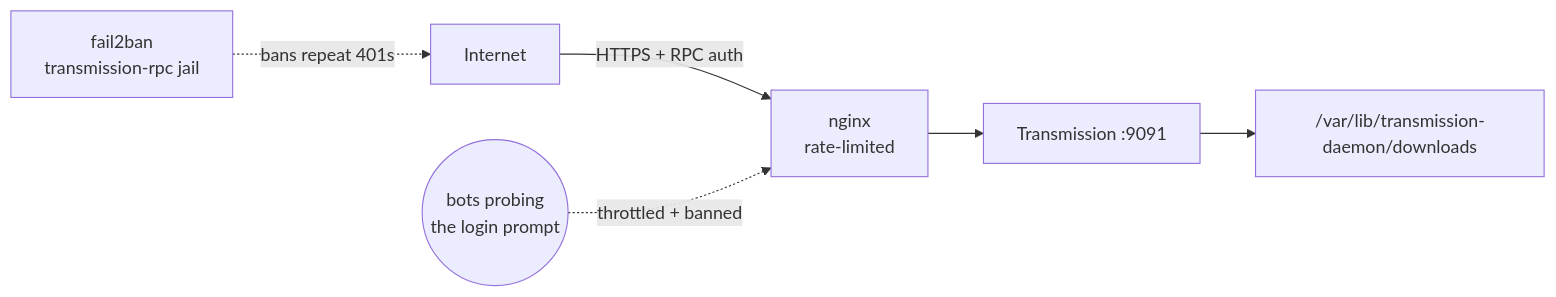
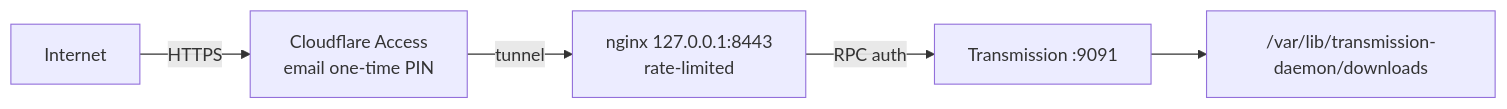
The diagram in services/transmission/README.md (sillyash/homelab), drawn with Mermaid before and after one commit. The commit also changed other lines of this file and 4 other files, not shown here.

First line of the commit message:
chore(fail2ban): disable the nginx-based jails

````diff
--- a/services/transmission/README.md
+++ b/services/transmission/README.md
@@ -11,8 +11,7 @@
 ```mermaid
 graph LR
-    Internet -->|"HTTPS + RPC auth"| nginx["nginx<br>rate-limited"]
-    nginx --> transmission["Transmission :9091"]
+    Internet -->|HTTPS| access["Cloudflare Access<br>email one-time PIN"]
+    access -->|tunnel| nginx["nginx 127.0.0.1:8443<br>rate-limited"]
+    nginx -->|RPC auth| transmission["Transmission :9091"]
     transmission --> downloads["/var/lib/transmission-daemon/downloads"]
-    bots(("bots probing<br>the login prompt")) -.->|throttled + banned| nginx
-    f2b["fail2ban<br>transmission-rpc jail"] -.->|bans repeat 401s| Internet
 ```
````
